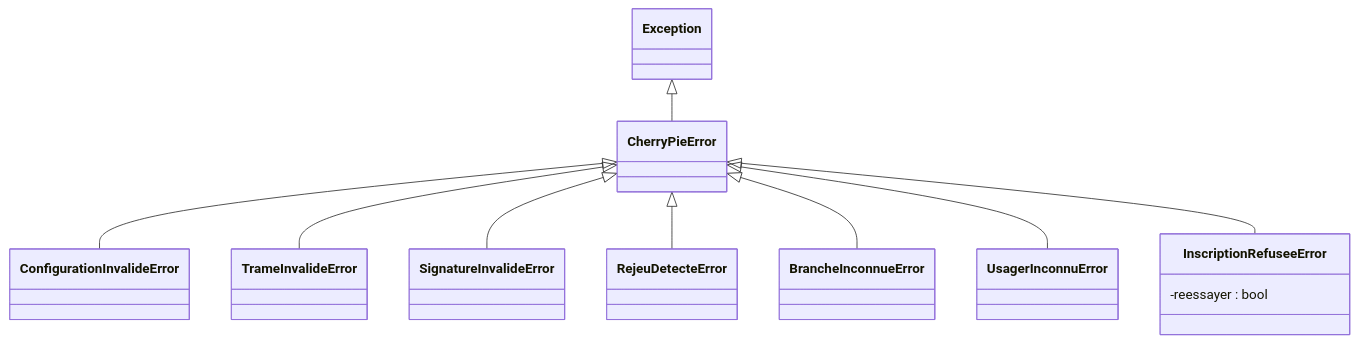
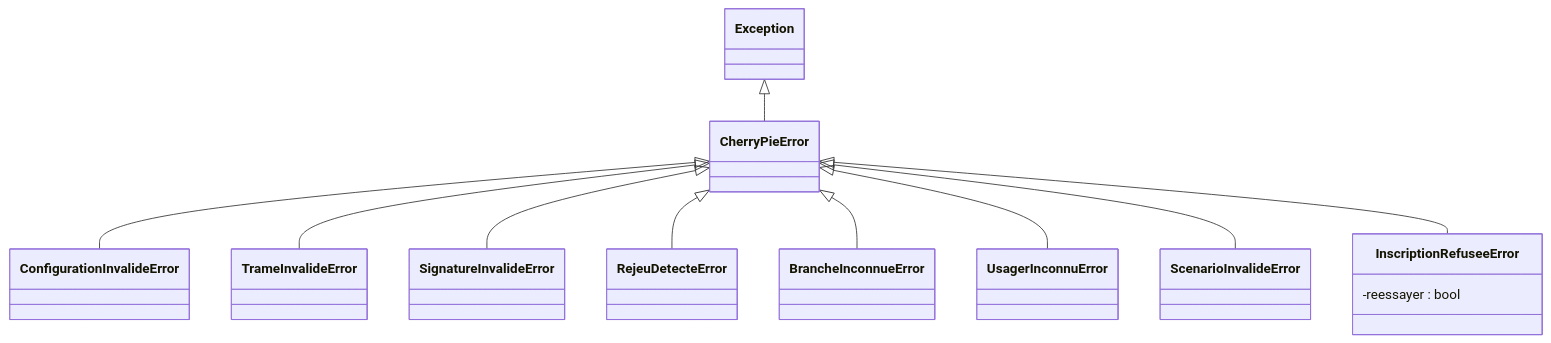
Before and after one commit to vRayzix/SAE3.02_Developper-une-application-communicante: the first of 12 diagrams in docs/uml.md, drawn with Mermaid. The commit also changed other lines of this file, not shown here.

First line of the commit message:
docs(uml): lanceur, sections Scénario et Suivi, scénario enregistrable

````diff
--- a/docs/uml.md
+++ b/docs/uml.md
@@ -28,23 +28,25 @@
 ```mermaid
 classDiagram
     class Exception
     class CherryPieError
     class ConfigurationInvalideError
     class TrameInvalideError
     class SignatureInvalideError
     class RejeuDetecteError
     class BrancheInconnueError
     class UsagerInconnuError
+    class ScenarioInvalideError
     class InscriptionRefuseeError {
         -reessayer : bool
     }
 
     Exception <|-- CherryPieError
     CherryPieError <|-- ConfigurationInvalideError
     CherryPieError <|-- TrameInvalideError
     CherryPieError <|-- SignatureInvalideError
     CherryPieError <|-- RejeuDetecteError
     CherryPieError <|-- BrancheInconnueError
     CherryPieError <|-- UsagerInconnuError
+    CherryPieError <|-- ScenarioInvalideError
     CherryPieError <|-- InscriptionRefuseeError
 ```
````
